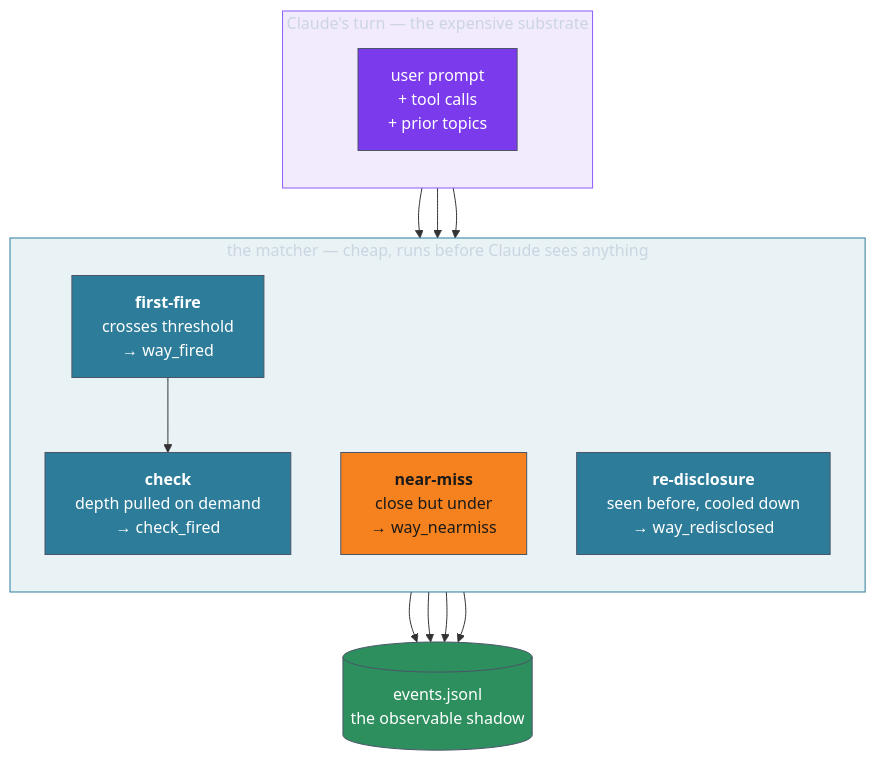
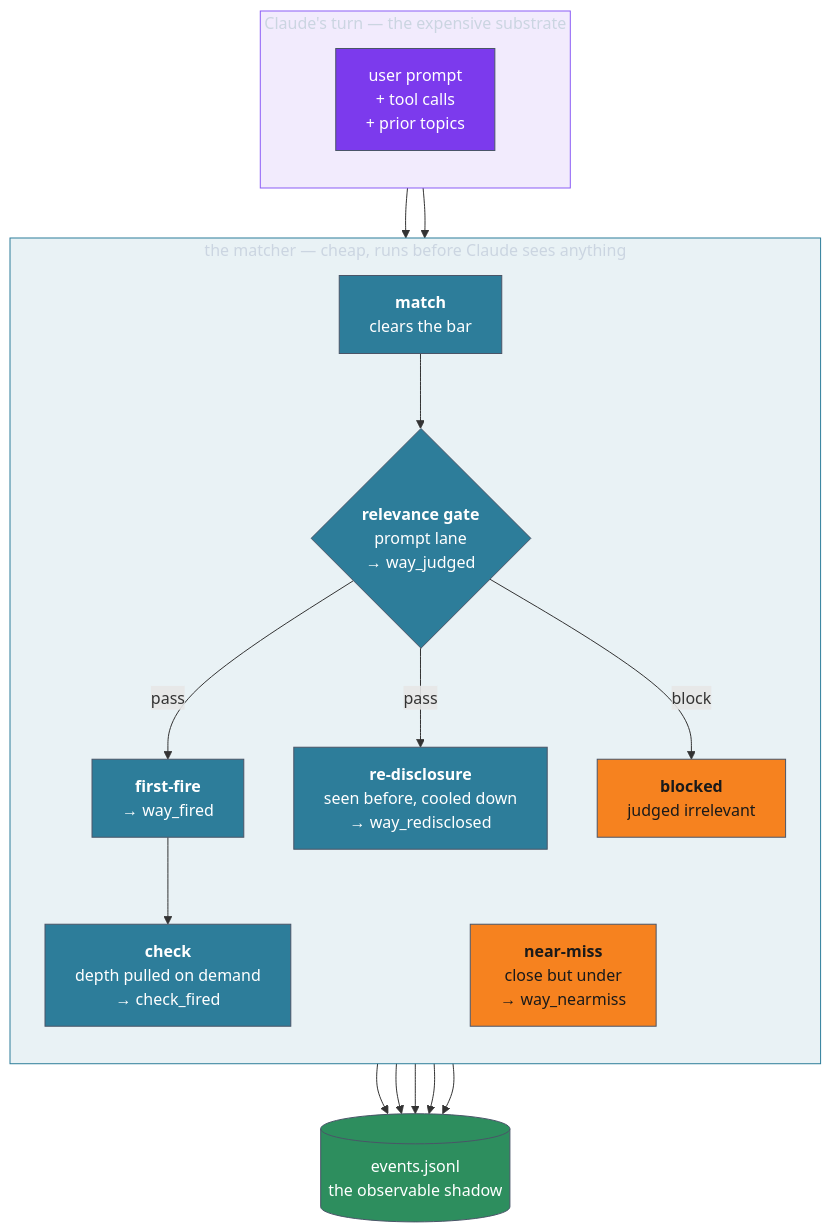
One commit to aaronsb/agent-ways changed the first of 2 diagrams in docs/explanation/how-ways-works/how-ways-works-the-model.md. Above: the diagram before and after it, drawn with Mermaid. The commit also changed other lines of this file and 33 other files, not shown here.

````diff
--- a/docs/explanation/how-ways-works/how-ways-works-the-model.md
+++ b/docs/explanation/how-ways-works/how-ways-works-the-model.md
@@ -52,38 +58,45 @@
 ```mermaid
 flowchart TB
     subgraph Loop["Claude's turn — the expensive substrate"]
         direction TB
         Prompt["user prompt<br/>+ tool calls<br/>+ prior topics"]
     end
 
     subgraph Match["the matcher — cheap, runs before Claude sees anything"]
         direction TB
-        Fire["<b>first-fire</b><br/>crosses threshold<br/>→ way_fired"]
+        Cand["<b>match</b><br/>clears the bar"]
         Near["<b>near-miss</b><br/>close but under<br/>→ way_nearmiss"]
+        Gate{"<b>relevance gate</b><br/>prompt lane<br/>→ way_judged"}
+        Fire["<b>first-fire</b><br/>→ way_fired"]
         Re["<b>re-disclosure</b><br/>seen before, cooled down<br/>→ way_redisclosed"]
         Chk["<b>check</b><br/>depth pulled on demand<br/>→ check_fired"]
+        Block["<b>blocked</b><br/>judged irrelevant"]
     end
 
     Record[("events.jsonl<br/>the observable shadow")]
 
-    Prompt --> Fire
+    Prompt --> Cand
     Prompt --> Near
-    Prompt --> Re
+    Cand --> Gate
+    Gate -->|pass| Fire
+    Gate -->|pass| Re
+    Gate -->|block| Block
     Fire --> Chk
     Fire --> Record
     Near --> Record
     Re --> Record
     Chk --> Record
+    Gate --> Record
 
     classDef expensive fill:#7c3aed,color:#ffffff,stroke:#4a5568
     classDef cheap fill:#2d7d9a,color:#ffffff,stroke:#4a5568
     classDef miss fill:#f6821f,color:#1a1a1a,stroke:#4a5568
     classDef durable fill:#2d8e5e,color:#ffffff,stroke:#4a5568
     class Prompt expensive
-    class Fire,Re,Chk cheap
-    class Near miss
+    class Cand,Gate,Fire,Re,Chk cheap
+    class Near,Block miss
     class Record durable
 
     style Loop stroke:#8b5cf6,fill:#7c3aed1a,color:#cbd5e1
     style Match stroke:#2d7d9a,fill:#2d7d9a1a,color:#cbd5e1
 ```
````
